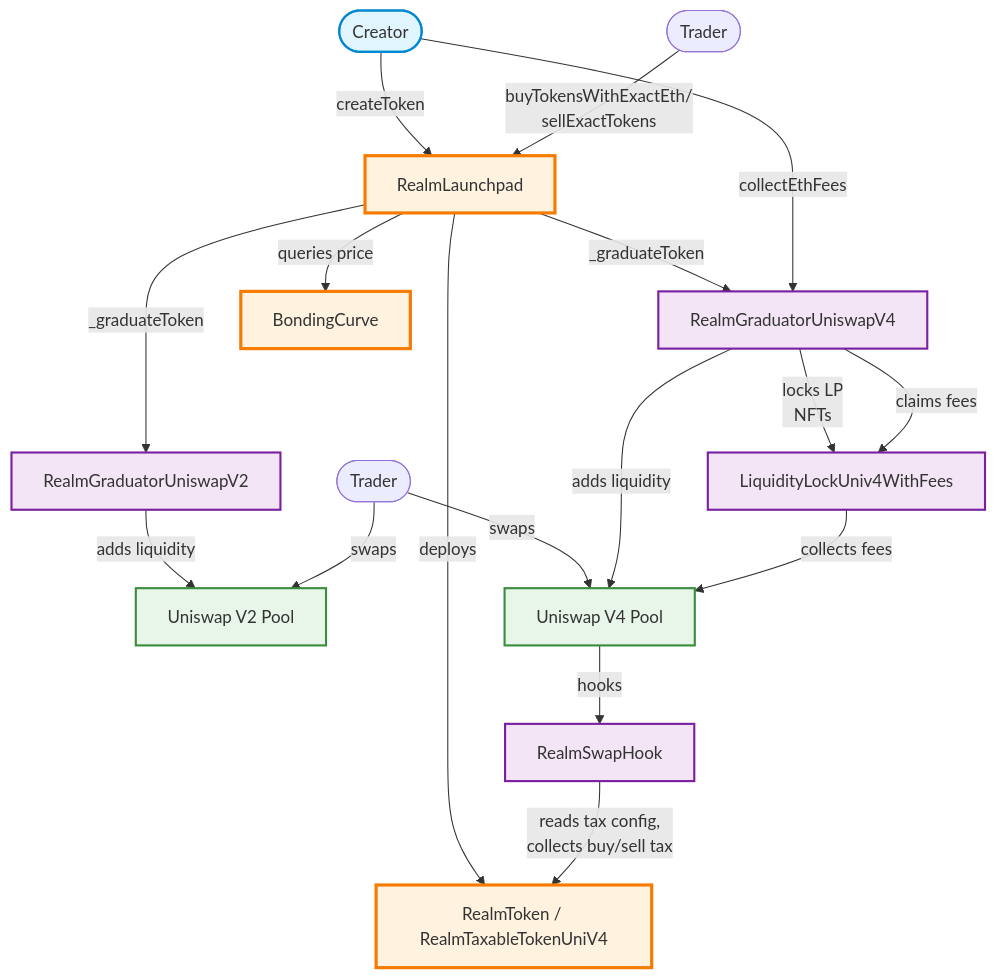
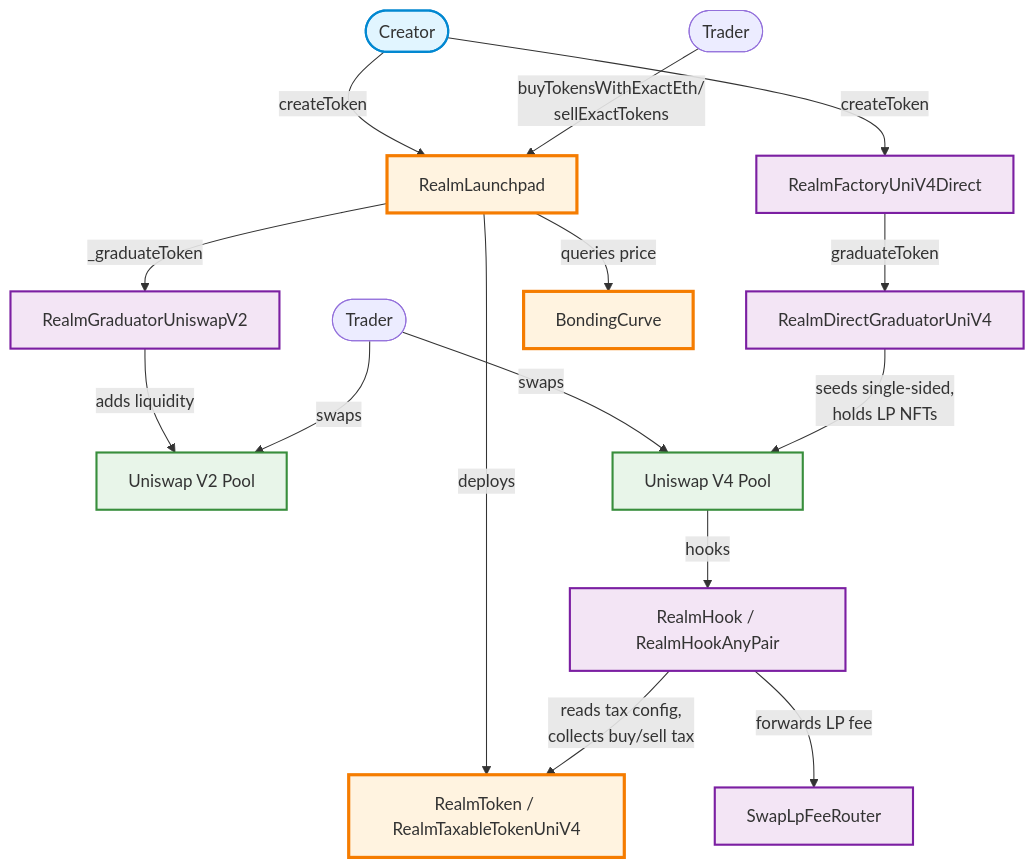
Before and after one commit to RealmLaunchpad/realm-contracts: the diagram in docs/realm-architecture.md, drawn with Mermaid. The commit also changed other lines of this file and 92 other files, not shown here.

````diff
--- a/docs/realm-architecture.md
+++ b/docs/realm-architecture.md
@@ -7,64 +7,62 @@
 ```mermaid
 graph TB
     %% Actors
     Creator([Creator])
     TraderPre([Trader])
     TraderPost([Trader])
 
     %% Main Contracts
     Launchpad[RealmLaunchpad]
     Token[RealmToken / RealmTaxableTokenUniV4]
     GraduatorV2[RealmGraduatorUniswapV2]
-    GraduatorV4[RealmGraduatorUniswapV4]
-    SwapHook[RealmSwapHook]
-    LiquidityLock[LiquidityLockUniv4WithFees]
+    DirectFactory[RealmFactoryUniV4Direct]
+    GraduatorV4[RealmDirectGraduatorUniV4]
+    SwapHook[RealmHook / RealmHookAnyPair]
+    LpFeeRouter[SwapLpFeeRouter]
 
     %% External Systems
     UniV2[Uniswap V2 Pool]
     UniV4[Uniswap V4 Pool]
 
     %% Token Creation Flow
     Creator -->|createToken| Launchpad
     Launchpad -->|deploys| Token
 
     %% Trading Flow (Pre-Graduation)
     TraderPre -->|buyTokensWithExactEth/
     sellExactTokens| Launchpad
     Launchpad -->|queries price| BondingCurve
 
     %% Graduation Flow - V2
     Launchpad -->|_graduateToken| GraduatorV2
     GraduatorV2 -->|adds liquidity| UniV2
 
     TraderPost -->|swaps| UniV4
 
-    %% Graduation Flow - V4
-    Launchpad -->|_graduateToken| GraduatorV4
-    GraduatorV4 -->|adds liquidity| UniV4
-    GraduatorV4 -->|locks LP
-     NFTs| LiquidityLock
+    %% Direct V4 launch (no curve)
+    Creator -->|createToken| DirectFactory
+    DirectFactory -->|graduateToken| GraduatorV4
+    GraduatorV4 -->|seeds single-sided,<br/>holds LP NFTs| UniV4
 
 
     %% Trading Flow (Post-Graduation)
     TraderPost -->|swaps| UniV2
 
     %% V4 Tax System
     UniV4 -->|hooks| SwapHook
     SwapHook -->|reads tax config,<br/>collects buy/sell tax| Token
 
-    %% Fee Collection (V4)
-    Creator -->|collectEthFees| GraduatorV4
-    GraduatorV4 -->|claims fees| LiquidityLock
-    LiquidityLock -->|collects fees| UniV4
+    %% LP fee routing (V4)
+    SwapHook -->|forwards LP fee| LpFeeRouter
 
     %% Styling
     classDef actor fill:#e1f5ff,stroke:#0288d1,stroke-width:2px
     classDef core fill:#fff3e0,stroke:#f57c00,stroke-width:3px
     classDef graduator fill:#f3e5f5,stroke:#7b1fa2,stroke-width:2px
     classDef external fill:#e8f5e9,stroke:#388e3c,stroke-width:2px
 
     class Creator,Trader actor
     class Launchpad,Token,BondingCurve core
-    class GraduatorV2,GraduatorV4,SwapHook,LiquidityLock graduator
+    class DirectFactory,GraduatorV2,GraduatorV4,SwapHook,LpFeeRouter graduator
     class UniV2,UniV4 external
 ```
````
